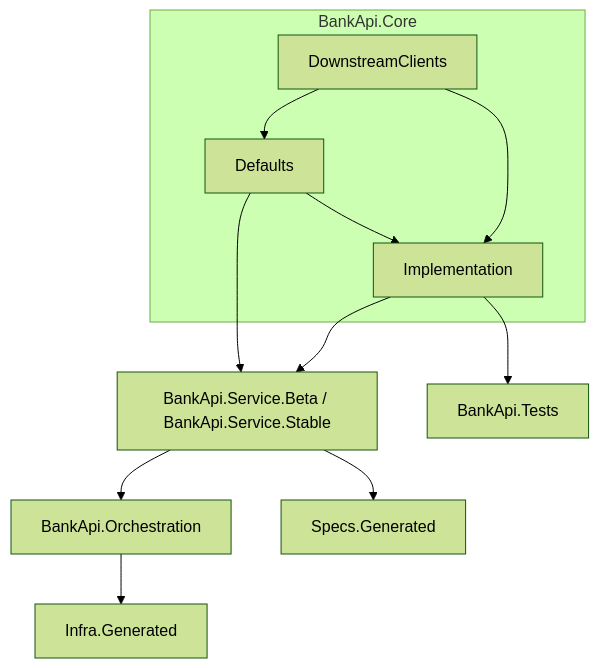
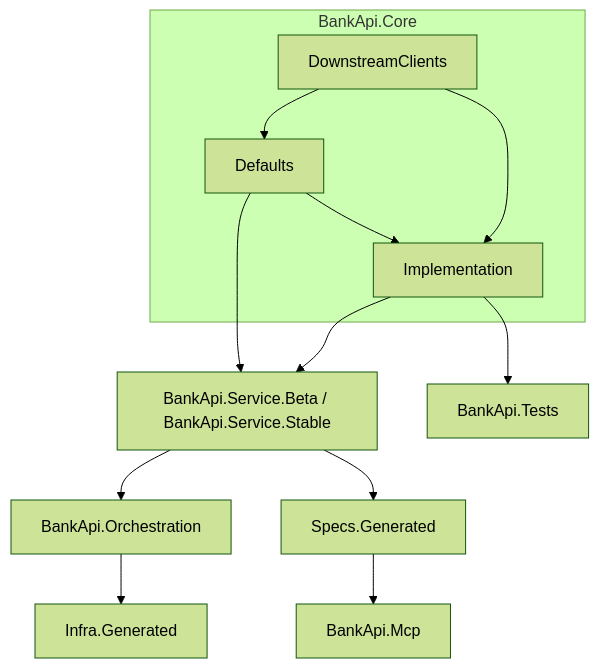
One commit to erwinkramer/bank-api changed the diagram in README.md. Above: the diagram before and after it, drawn with Mermaid (forest theme). The commit also changed other lines of this file and 8 other files, not shown here.

````diff
--- a/README.md
+++ b/README.md
@@ -76,30 +80,32 @@
 ```mermaid
 flowchart TB
 
 apis[BankApi.Service.Beta / BankApi.Service.Stable]
 aspire[BankApi.Orchestration]
+mcp[BankApi.Mcp]
 test[BankApi.Tests]
 
 infra_gen[Infra.Generated]
 specs_gen[Specs.Generated]
 
 subgraph core[BankApi.Core]
 Defaults
 DownstreamClients
 Implementation
 end
 
 Defaults --> Implementation
 
 DownstreamClients --> Defaults
 DownstreamClients --> Implementation
 
 Defaults --> apis
 Implementation --> apis
 Implementation --> test
 
 apis --> aspire
 apis --> specs_gen
 
 aspire--> infra_gen
+specs_gen --> mcp
 ```
````
